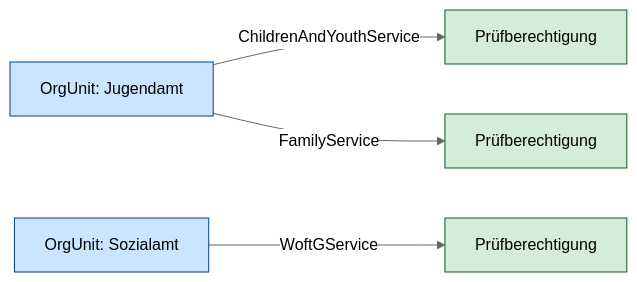
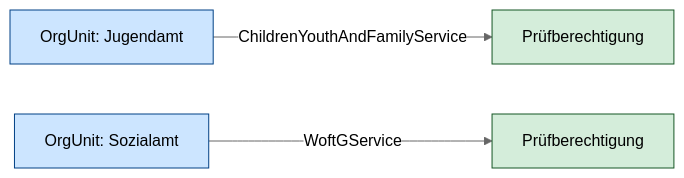
One commit to rostock/datenwerft changed the second of 2 diagrams in angebotsdb/docs/rechte-und-rollen.md. Above: the diagram before and after it, drawn with Mermaid (neutral theme). The commit also changed 13 other files, not shown here.

First line of the commit message:
feat: merged Family Services and Children & Youth Services into one model (#176)

````diff
--- a/angebotsdb/docs/rechte-und-rollen.md
+++ b/angebotsdb/docs/rechte-und-rollen.md
@@ -52,12 +52,10 @@
 ```mermaid
 graph LR
-    OE1["OrgUnit: Jugendamt"] -->|ChildrenAndYouthService| P1["Prüfberechtigung"]
-    OE1 -->|FamilyService| P2["Prüfberechtigung"]
+    OE1["OrgUnit: Jugendamt"] -->|ChildrenYouthAndFamilyService| P1["Prüfberechtigung"]
     OE2["OrgUnit: Sozialamt"] -->|WoftGService| P3["Prüfberechtigung"]
 
     style OE1 fill:#cce5ff,stroke:#004085
     style OE2 fill:#cce5ff,stroke:#004085
     style P1 fill:#d4edda,stroke:#155724
-    style P2 fill:#d4edda,stroke:#155724
     style P3 fill:#d4edda,stroke:#155724
 ```
````
